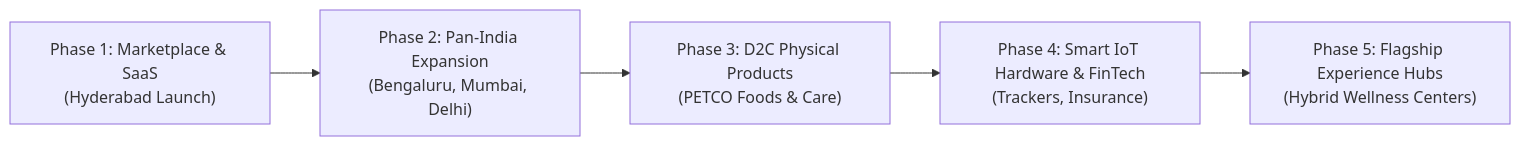
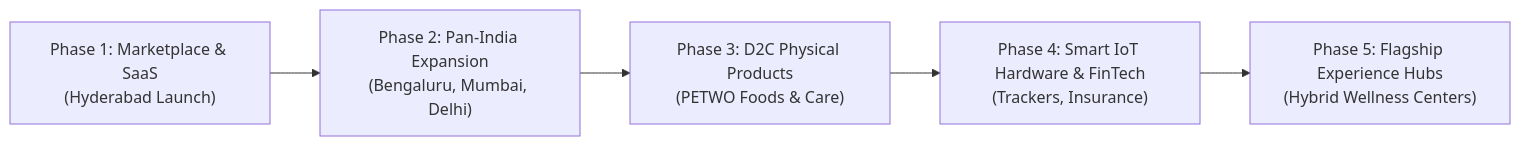
Before and after one commit to bathi2389-code/petwo: the fourth of 4 diagrams in docs/OVERVIEW.md, drawn with Mermaid. The commit also changed other lines of this file and 105 other files, not shown here.

Commit message:
feat(branding): rename entire platform from PETCO to PETWO across all apps, packages, and docs

````diff
--- a/docs/OVERVIEW.md
+++ b/docs/OVERVIEW.md
@@ -173,7 +173,7 @@
 ```mermaid
 flowchart LR
     Phase1["Phase 1: Marketplace & SaaS<br/>(Hyderabad Launch)"] --> Phase2["Phase 2: Pan-India Expansion<br/>(Bengaluru, Mumbai, Delhi)"]
-    Phase2 --> Phase3["Phase 3: D2C Physical Products<br/>(PETCO Foods & Care)"]
+    Phase2 --> Phase3["Phase 3: D2C Physical Products<br/>(PETWO Foods & Care)"]
     Phase3 --> Phase4["Phase 4: Smart IoT Hardware & FinTech<br/>(Trackers, Insurance)"]
     Phase4 --> Phase5["Phase 5: Flagship Experience Hubs<br/>(Hybrid Wellness Centers)"]
 ```
````
